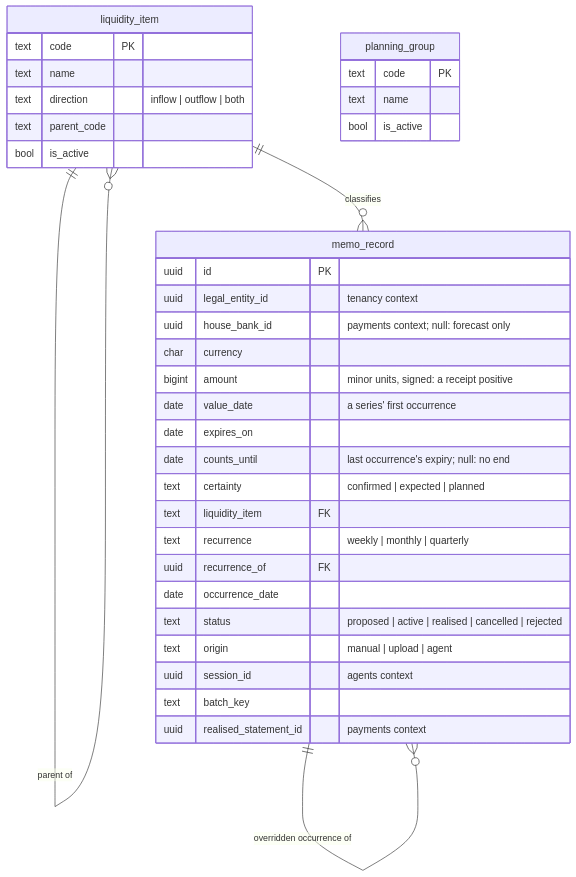
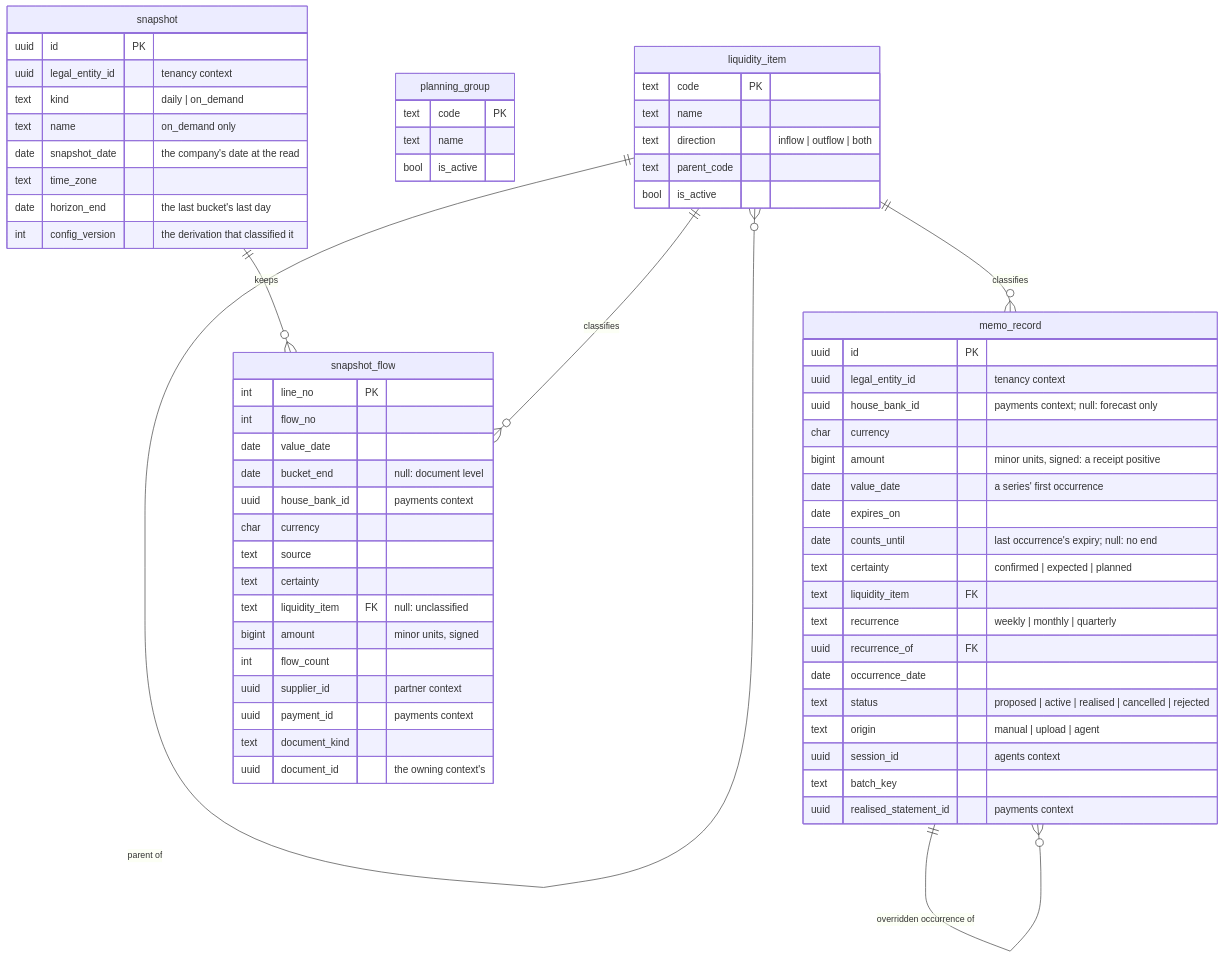
Before and after one commit to mustie7iy/agentic-erp: the tenth of 13 diagrams in docs/design/03-data-model.md, drawn with Mermaid. The commit also changed other lines of this file and 42 other files, not shown here.

First line of the commit message:
T53f: snapshots of the liquidity forecast, daily by workflow and on demand, with retention

````diff
--- a/docs/design/03-data-model.md
+++ b/docs/design/03-data-model.md
@@ -2647,32 +2648,57 @@
 ```mermaid
 erDiagram
   liquidity_item ||--o{ liquidity_item : "parent of"
   liquidity_item { text code PK
     text name
     text direction "inflow | outflow | both"
     text parent_code
     bool is_active }
   planning_group { text code PK
     text name
     bool is_active }
   liquidity_item ||--o{ memo_record : "classifies"
   memo_record ||--o{ memo_record : "overridden occurrence of"
   memo_record { uuid id PK
     uuid legal_entity_id "tenancy context"
     uuid house_bank_id "payments context; null: forecast only"
     char currency
     bigint amount "minor units, signed: a receipt positive"
     date value_date "a series' first occurrence"
     date expires_on
     date counts_until "last occurrence's expiry; null: no end"
     text certainty "confirmed | expected | planned"
     text liquidity_item FK
     text recurrence "weekly | monthly | quarterly"
     uuid recurrence_of FK
     date occurrence_date
     text status "proposed | active | realised | cancelled | rejected"
     text origin "manual | upload | agent"
     uuid session_id "agents context"
     text batch_key
     uuid realised_statement_id "payments context" }
+  snapshot ||--o{ snapshot_flow : "keeps"
+  liquidity_item ||--o{ snapshot_flow : "classifies"
+  snapshot { uuid id PK
+    uuid legal_entity_id "tenancy context"
+    text kind "daily | on_demand"
+    text name "on_demand only"
+    date snapshot_date "the company's date at the read"
+    text time_zone
+    date horizon_end "the last bucket's last day"
+    int config_version "the derivation that classified it" }
+  snapshot_flow { int line_no PK
+    int flow_no
+    date value_date
+    date bucket_end "null: document level"
+    uuid house_bank_id "payments context"
+    char currency
+    text source
+    text certainty
+    text liquidity_item FK "null: unclassified"
+    bigint amount "minor units, signed"
+    int flow_count
+    uuid supplier_id "partner context"
+    uuid payment_id "payments context"
+    text document_kind
+    uuid document_id "the owning context's" }
 ```
````
